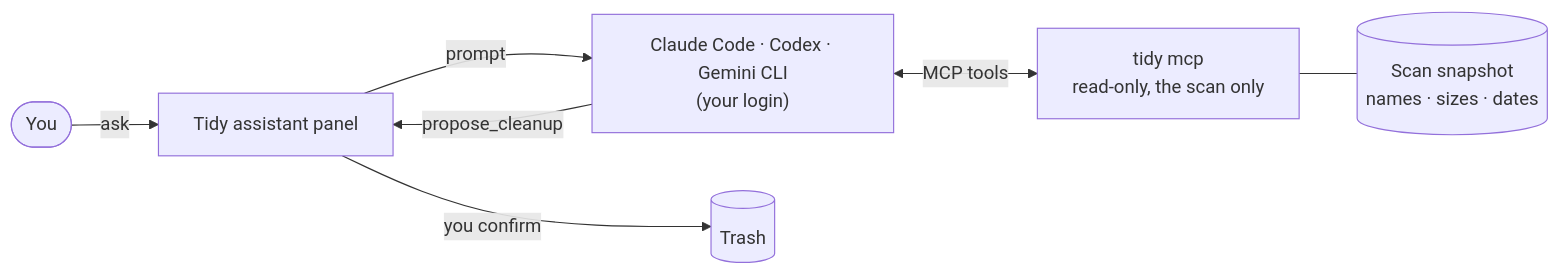
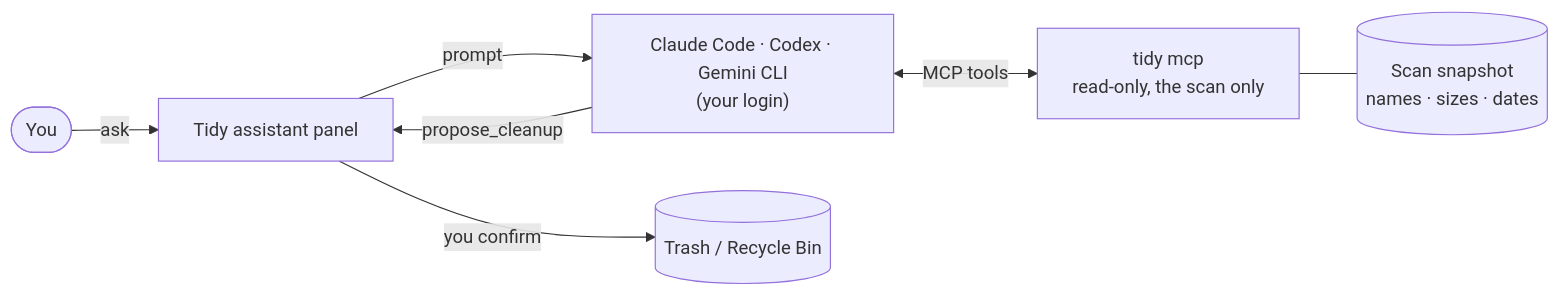
Before and after one commit to SebAubin/tidy: the diagram in README.md, drawn with Mermaid. The commit also changed other lines of this file and 1 other file, not shown here.

````diff
--- a/README.md
+++ b/README.md
@@ -146,9 +148,9 @@
 ```mermaid
 flowchart LR
     You([You]) -->|ask| Panel[Tidy assistant panel]
     Panel -->|prompt| CLI["Claude Code · Codex · Gemini CLI<br/>(your login)"]
     CLI <-->|MCP tools| MCP["tidy mcp<br/>read-only, the scan only"]
     MCP --- Snapshot[(Scan snapshot<br/>names · sizes · dates)]
     CLI -->|propose_cleanup| Panel
-    Panel -->|you confirm| Trash[(Trash)]
+    Panel -->|you confirm| Trash[(Trash / Recycle Bin)]
 ```
````
